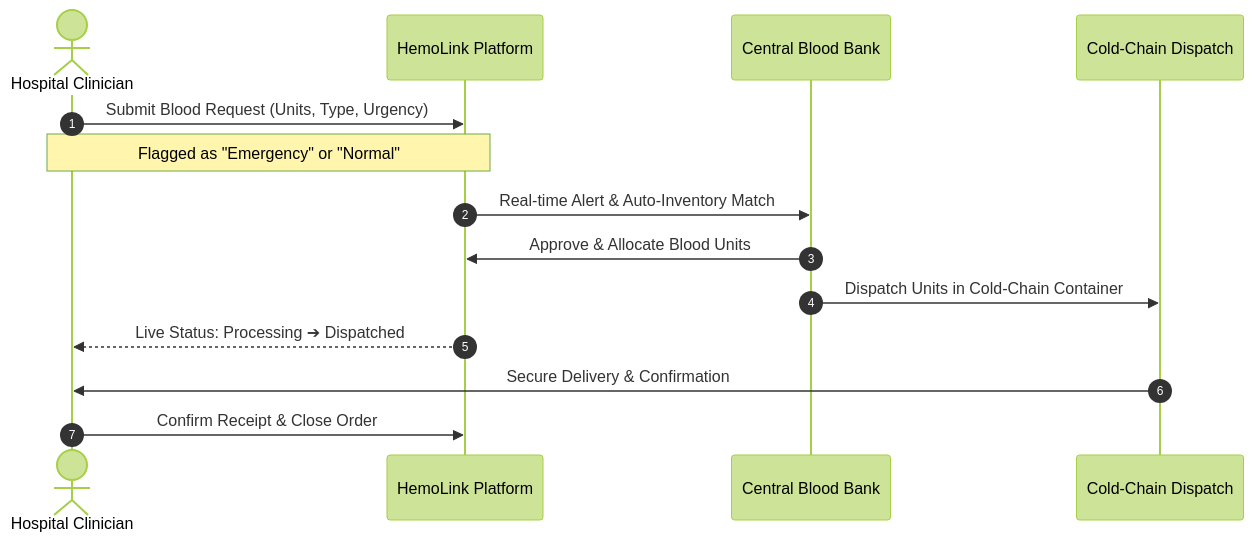
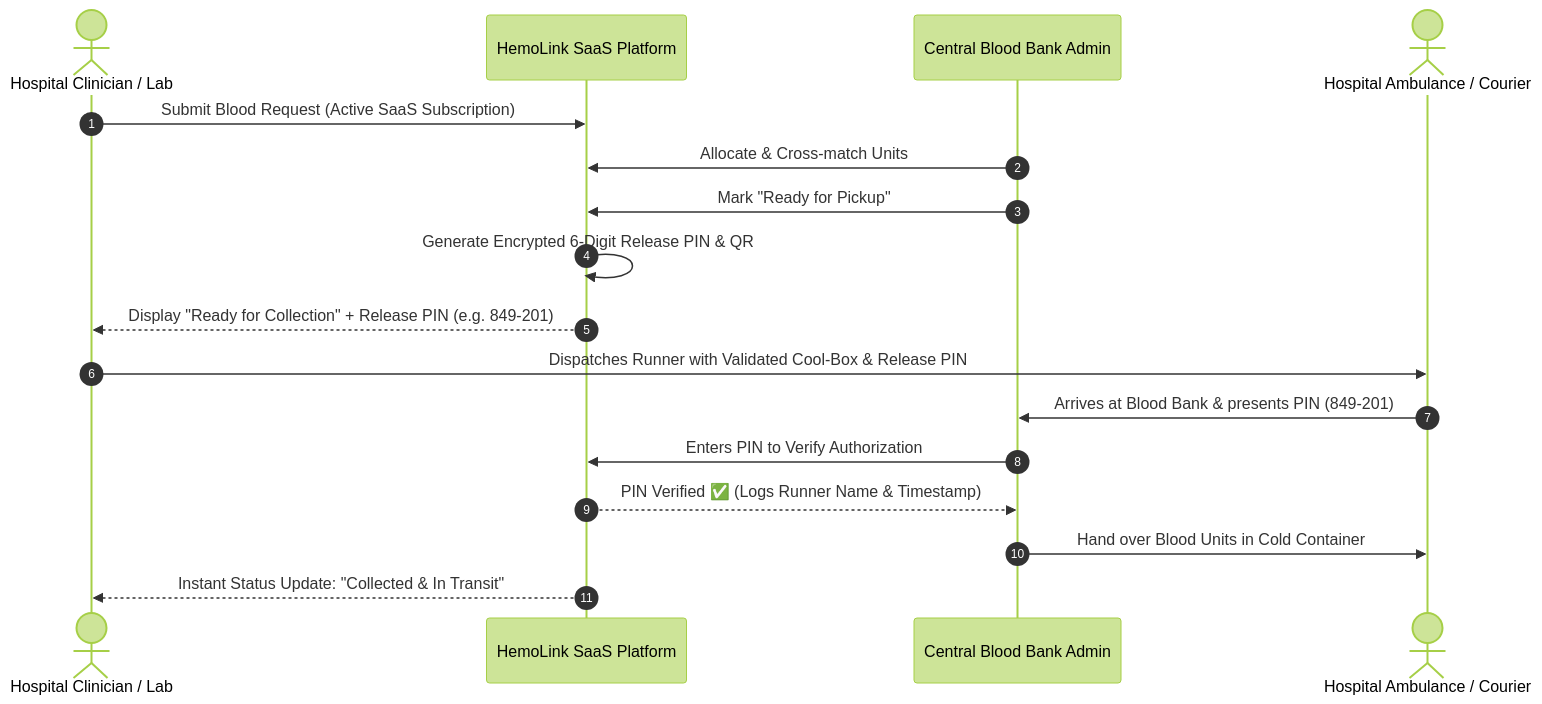
One commit to beatrice-codes-sudo/Blood-Bank-Management-System changed the second of 5 diagrams in why we are charging.md. Above: the diagram before and after it, drawn with Mermaid (forest theme). The commit also changed other lines of this file and 7 other files, not shown here.

Commit message:
refactor: initialize UI view variables with defaults and update documentation to reflect SaaS subscription and Click & Collect logistics

````diff
--- a/why we are charging.md
+++ b/why we are charging.md
@@ -71,17 +38,20 @@
 ```mermaid
 sequenceDiagram
     autonumber
-    actor Hospital as Hospital Clinician
-    participant HemoLink as HemoLink Platform
-    participant Admin as Central Blood Bank
-    participant Logistics as Cold-Chain Dispatch
+    actor Hospital as Hospital Clinician / Lab
+    participant HemoLink as HemoLink SaaS Platform
+    participant CentralBank as Central Blood Bank Admin
+    actor Runner as Hospital Ambulance / Courier
 
-    Hospital->>HemoLink: Submit Blood Request (Units, Type, Urgency)
-    Note over Hospital,HemoLink: Flagged as "Emergency" or "Normal"
-    HemoLink->>Admin: Real-time Alert & Auto-Inventory Match
-    Admin->>HemoLink: Approve & Allocate Blood Units
-    Admin->>Logistics: Dispatch Units in Cold-Chain Container
-    HemoLink-->>Hospital: Live Status: Processing ➔ Dispatched
-    Logistics->>Hospital: Secure Delivery & Confirmation
-    Hospital->>HemoLink: Confirm Receipt & Close Order
+    Hospital->>HemoLink: Submit Blood Request (Active SaaS Subscription)
+    CentralBank->>HemoLink: Allocate & Cross-match Units
+    CentralBank->>HemoLink: Mark "Ready for Pickup"
+    HemoLink->>HemoLink: Generate Encrypted 6-Digit Release PIN & QR
+    HemoLink-->>Hospital: Display "Ready for Collection" + Release PIN (e.g. 849-201)
+    Hospital->>Runner: Dispatches Runner with Validated Cool-Box & Release PIN
+    Runner->>CentralBank: Arrives at Blood Bank & presents PIN (849-201)
+    CentralBank->>HemoLink: Enters PIN to Verify Authorization
+    HemoLink-->>CentralBank: PIN Verified ✅ (Logs Runner Name & Timestamp)
+    CentralBank->>Runner: Hand over Blood Units in Cold Container
+    HemoLink-->>Hospital: Instant Status Update: "Collected & In Transit"
 ```
````
